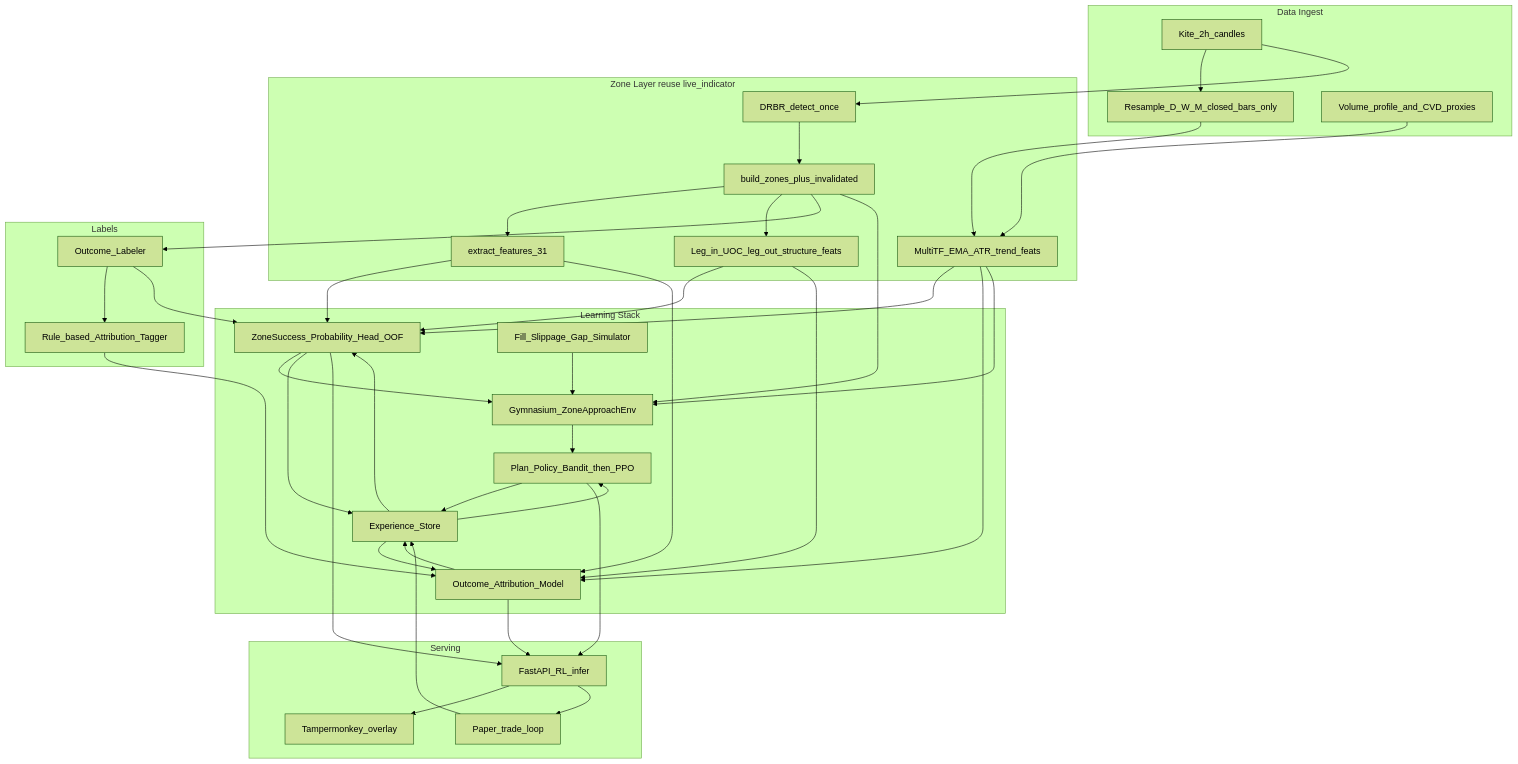
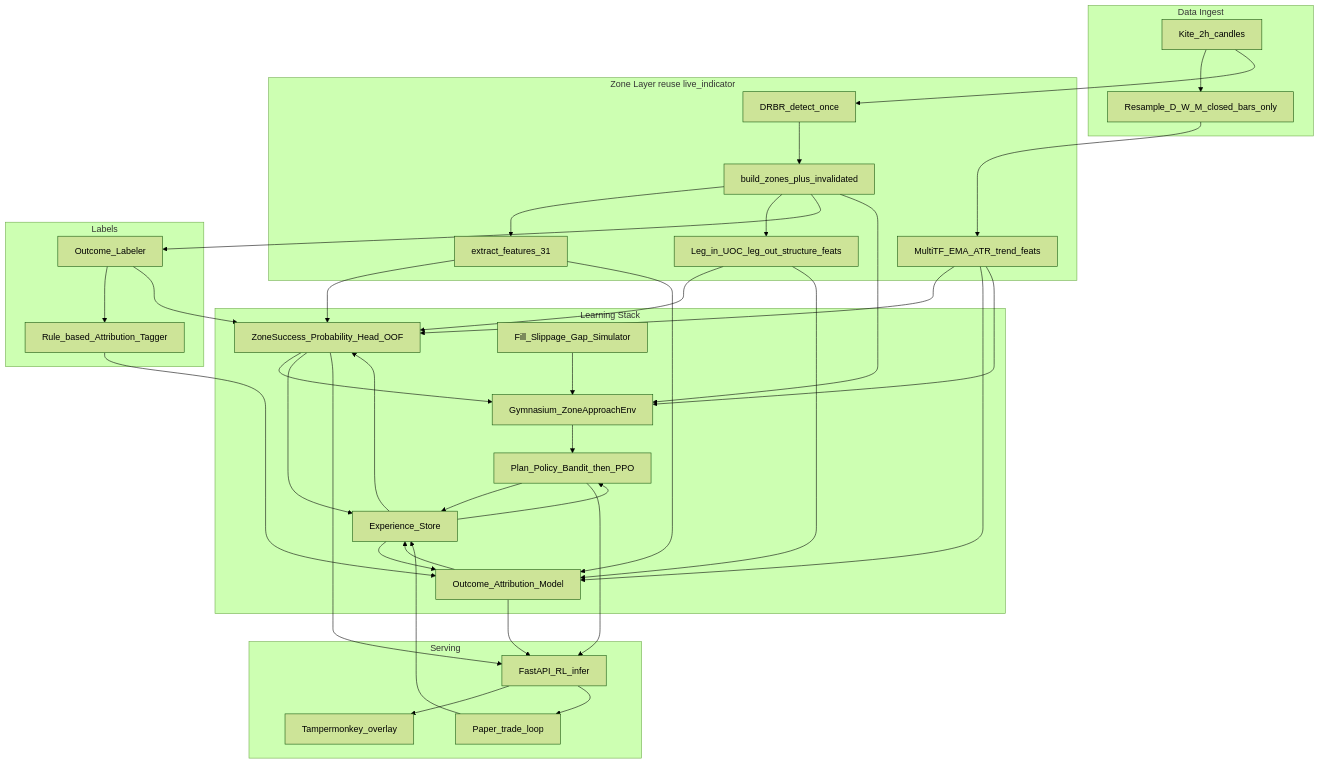
The diagram in RL/rl_architecture_plan_v2.md (manthangajjar06/project-broker-model), drawn with Mermaid (forest theme) before and after one commit. The commit also changed other lines of this file and 1 other file, not shown here.

````diff
--- a/RL/rl_architecture_plan_v2.md
+++ b/RL/rl_architecture_plan_v2.md
@@ -71,71 +71,69 @@
 ```mermaid
 flowchart TB
   subgraph ingest [Data Ingest]
     Kite2h[Kite_2h_candles]
     Resample[Resample_D_W_M_closed_bars_only]
-    Proxies[Volume_profile_and_CVD_proxies]
   end
 
   subgraph zones [Zone Layer reuse live_indicator]
     Detect[DRBR_detect_once]
     Build[build_zones_plus_invalidated]
     Feat31[extract_features_31]
     MultiTF[MultiTF_EMA_ATR_trend_feats]
     Struct[Leg_in_UOC_leg_out_structure_feats]
   end
 
   subgraph labels [Labels]
     Outcome[Outcome_Labeler]
     Tagger[Rule_based_Attribution_Tagger]
   end
 
   subgraph brains [Learning Stack]
     Prob[ZoneSuccess_Probability_Head_OOF]
     Attr[Outcome_Attribution_Model]
     Sim[Fill_Slippage_Gap_Simulator]
     Env[Gymnasium_ZoneApproachEnv]
     Policy[Plan_Policy_Bandit_then_PPO]
     Replay[Experience_Store]
   end
 
   subgraph serve [Serving]
     API[FastAPI_RL_infer]
     Chart[Tampermonkey_overlay]
     Paper[Paper_trade_loop]
   end
 
   Kite2h --> Resample
   Kite2h --> Detect
   Resample --> MultiTF
-  Proxies --> MultiTF
   Detect --> Build
   Build --> Feat31
   Build --> Struct
   Build --> Outcome
   Outcome --> Tagger
   Feat31 --> Prob
   MultiTF --> Prob
   Struct --> Prob
   Outcome --> Prob
   Feat31 --> Attr
   MultiTF --> Attr
   Struct --> Attr
   Tagger --> Attr
   Build --> Env
   Sim --> Env
   Prob --> Env
   MultiTF --> Env
   Env --> Policy
   Policy --> Replay
   Attr --> Replay
   Prob --> Replay
   Replay --> Prob
   Replay --> Attr
   Replay --> Policy
   Policy --> API
   Prob --> API
   Attr --> API
   API --> Chart
   API --> Paper
   Paper --> Replay
 ```
````
